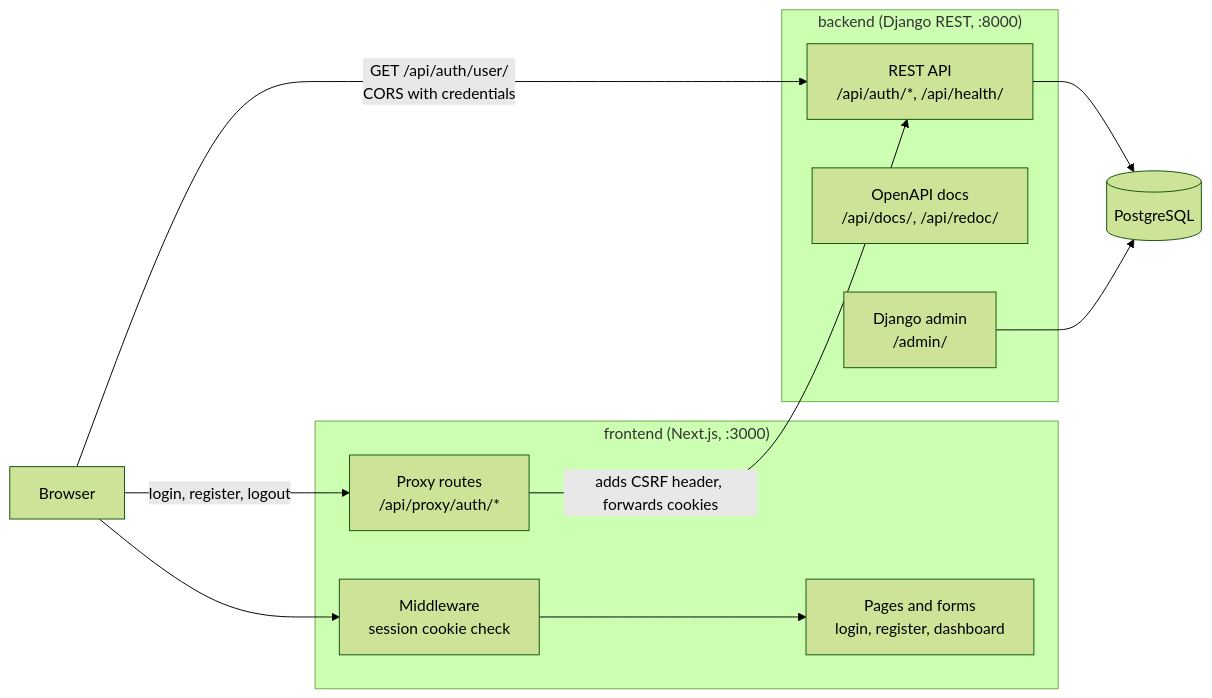
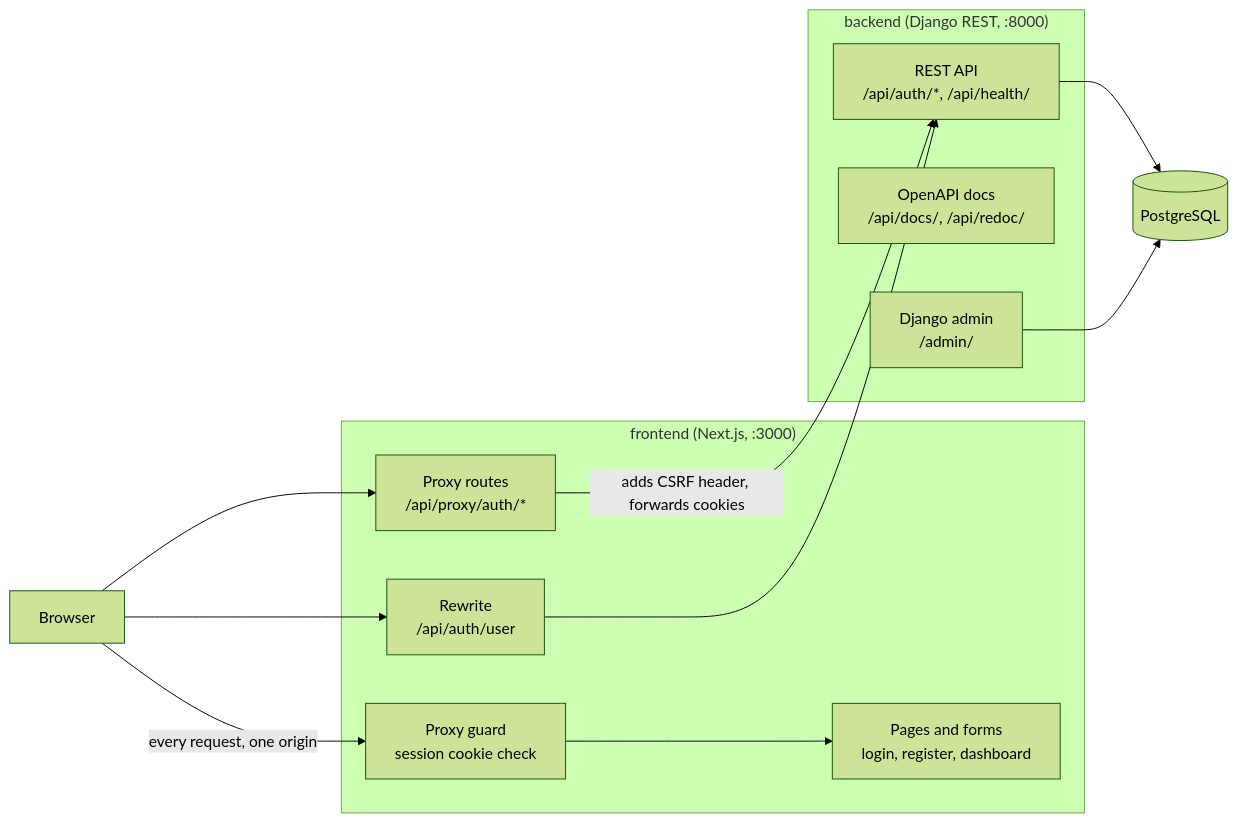
Before and after one commit to KamranProg/kam-dj-next: the diagram in README.md, drawn with Mermaid (forest theme). The commit also changed other lines of this file, not shown here.

````diff
--- a/README.md
+++ b/README.md
@@ -52,25 +71,27 @@
 ```mermaid
 flowchart LR
     Browser["Browser"]
 
     subgraph FE["frontend (Next.js, :3000)"]
         Pages["Pages and forms<br/>login, register, dashboard"]
-        MW["Middleware<br/>session cookie check"]
-        Proxy["Proxy routes<br/>/api/proxy/auth/*"]
+        Guard["Proxy guard<br/>session cookie check"]
+        Routes["Proxy routes<br/>/api/proxy/auth/*"]
+        Rewrite["Rewrite<br/>/api/auth/user"]
     end
 
     subgraph BE["backend (Django REST, :8000)"]
         API["REST API<br/>/api/auth/*, /api/health/"]
         Docs["OpenAPI docs<br/>/api/docs/, /api/redoc/"]
         Admin["Django admin<br/>/admin/"]
     end
 
     DB[("PostgreSQL")]
 
-    Browser --> MW --> Pages
-    Browser -->|"login, register, logout"| Proxy
-    Proxy -->|"adds CSRF header, forwards cookies"| API
-    Browser -->|"GET /api/auth/user/<br/>CORS with credentials"| API
+    Browser -->|"every request, one origin"| Guard --> Pages
+    Browser --> Routes
+    Browser --> Rewrite
+    Routes -->|"adds CSRF header, forwards cookies"| API
+    Rewrite --> API
     API --> DB
     Admin --> DB
 ```
````
